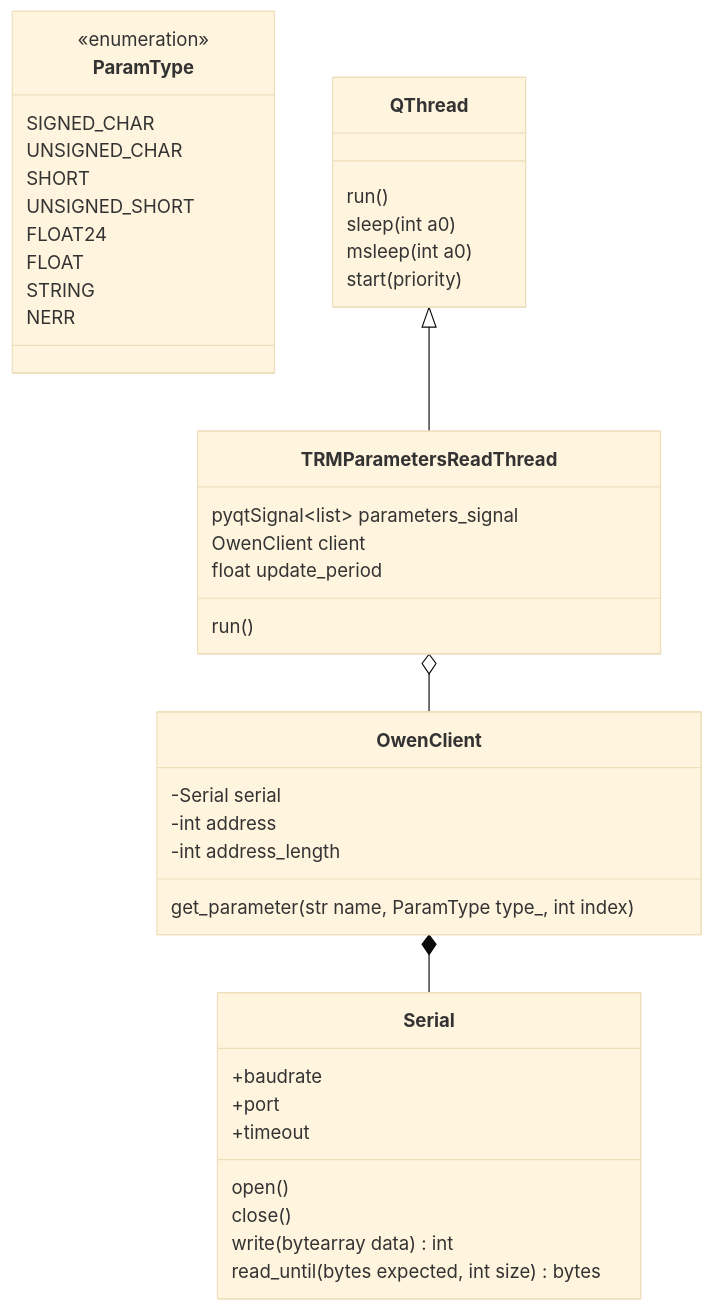
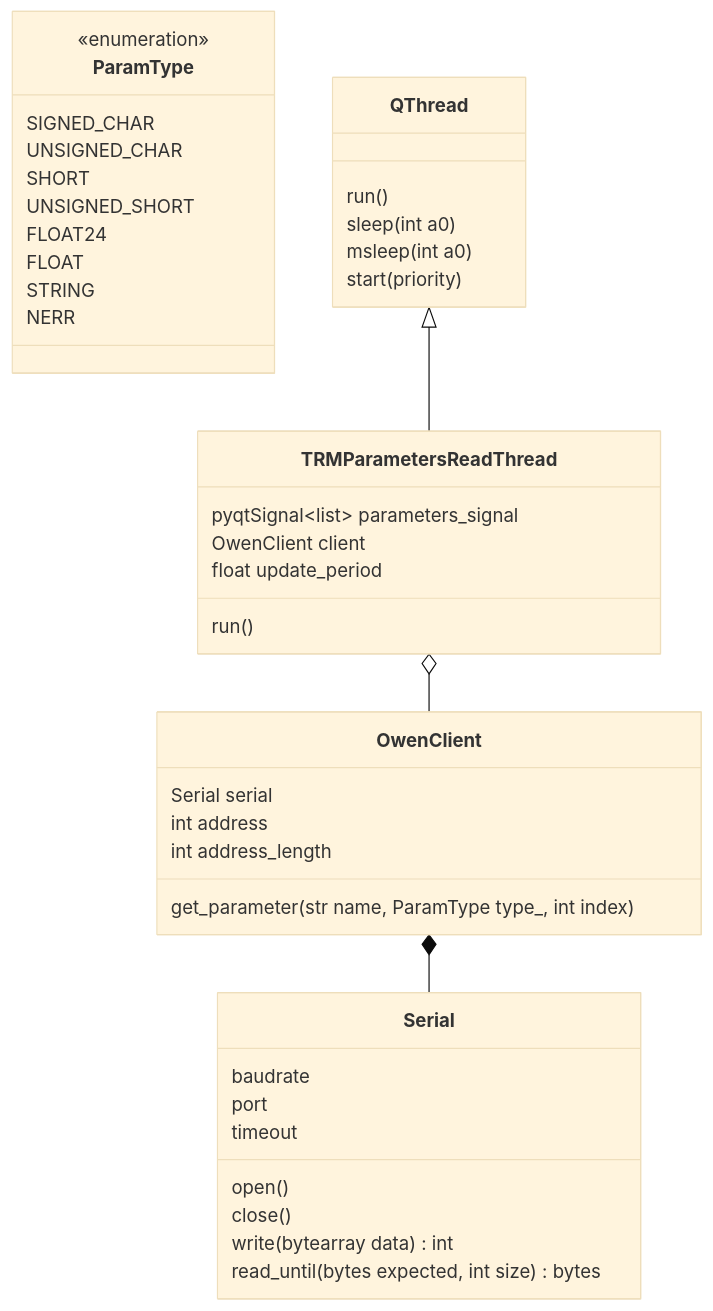
Before and after one commit to Marik28/dissertation: the fourth of 7 diagrams in data/diagrams/диаграмма классов.md, drawn with Mermaid (base theme). The commit also changed other lines of this file and 8 other files, not shown here.

````diff
--- a/data/diagrams/диаграмма классов.md
+++ b/data/diagrams/диаграмма классов.md
@@ -218,50 +218,50 @@
 ```mermaid
 classDiagram
     
     class OwenClient {
-        -Serial serial
-        -int address
-        -int address_length
+        Serial serial
+        int address
+        int address_length
         get_parameter(str name, ParamType type_, int index)
     }
     
     class Serial {
-        +baudrate
-        +port
-        +timeout
+        baudrate
+        port
+        timeout
         open()
         close()
         write(bytearray data) int
         read_until(bytes expected, int size) bytes
     }
     
     class ParamType {
         <<enumeration>>
         SIGNED_CHAR
         UNSIGNED_CHAR
         SHORT
         UNSIGNED_SHORT
         FLOAT24
         FLOAT
         STRING
         NERR        
     }
     
     class TRMParametersReadThread {
         pyqtSignal~list~ parameters_signal
         OwenClient client
         float update_period
         run()
     }
     
     class QThread {
         run()
         sleep(int a0)
         msleep(int a0)
         start(priority)
     }
     
     OwenClient *-- Serial
     QThread <|-- TRMParametersReadThread
     TRMParametersReadThread o-- OwenClient 
 ```
````
